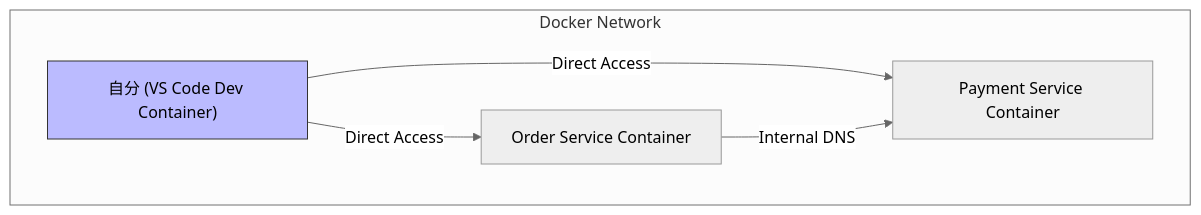
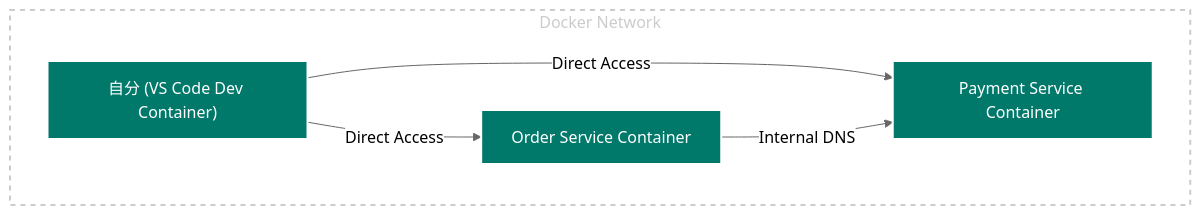
The second of 2 diagrams in articles/dev-container.md (shayate811/shayate811-zenn-contents), drawn with Mermaid (neutral theme) before and after one commit. The commit also changed other lines of this file, not shown here.

Commit message:
change color

````diff
--- a/articles/dev-container.md
+++ b/articles/dev-container.md
@@ -40,14 +40,15 @@
 ```mermaid
 graph TD
-subgraph Docker_Network [Docker Network]
-User["自分 (VS Code Dev Container)"]
-Order["Order Service Container"]
-Payment["Payment Service Container"]
+    subgraph Docker_Network [Docker Network]
+        User["自分 (VS Code Dev Container)"]
+        Order["Order Service Container"]
+        Payment["Payment Service Container"]
 
         User -->|Direct Access| Order
         User -->|Direct Access| Payment
         Order -->|Internal DNS| Payment
     end
 
-    style User fill:#bbf,stroke:#333
+    classDef default fill:#00796b,stroke:#fff,stroke-width:2px,color:#fff;
+    style Docker_Network fill:none,stroke:#ccc,stroke-width:2px,stroke-dasharray: 5 5,color:#ccc
 ```
````
